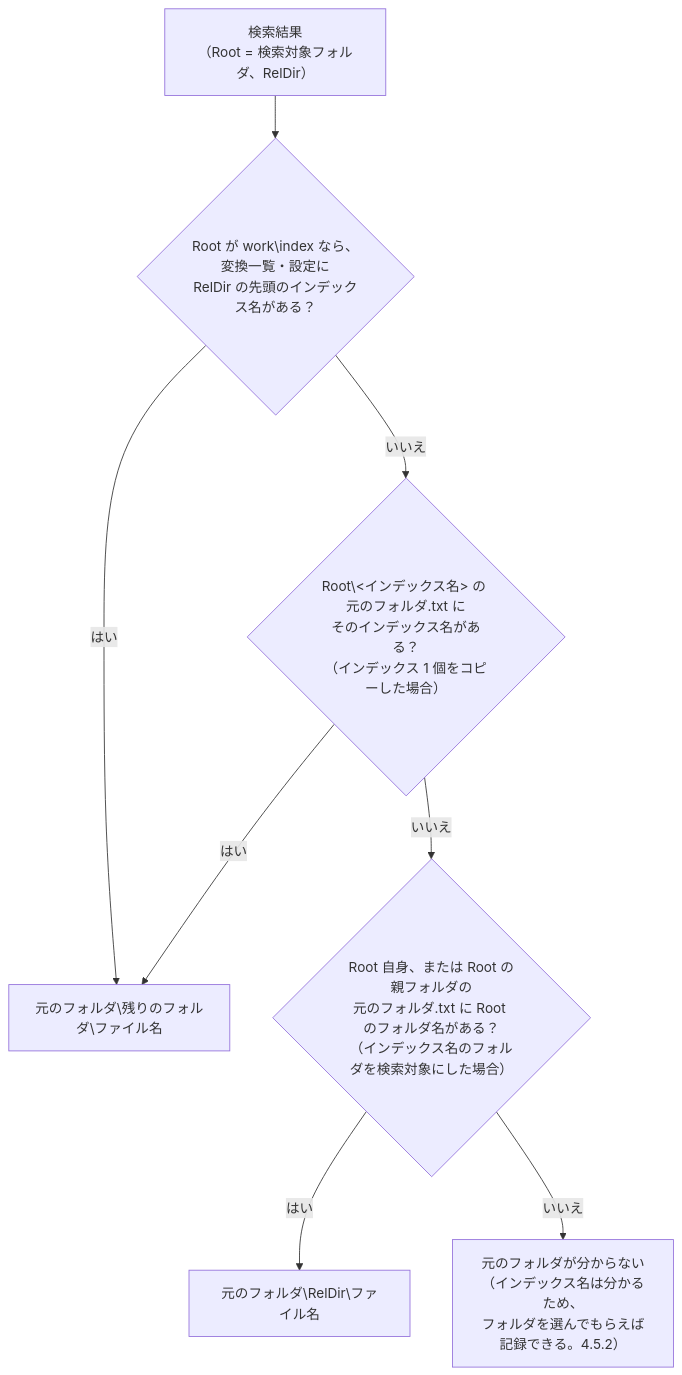
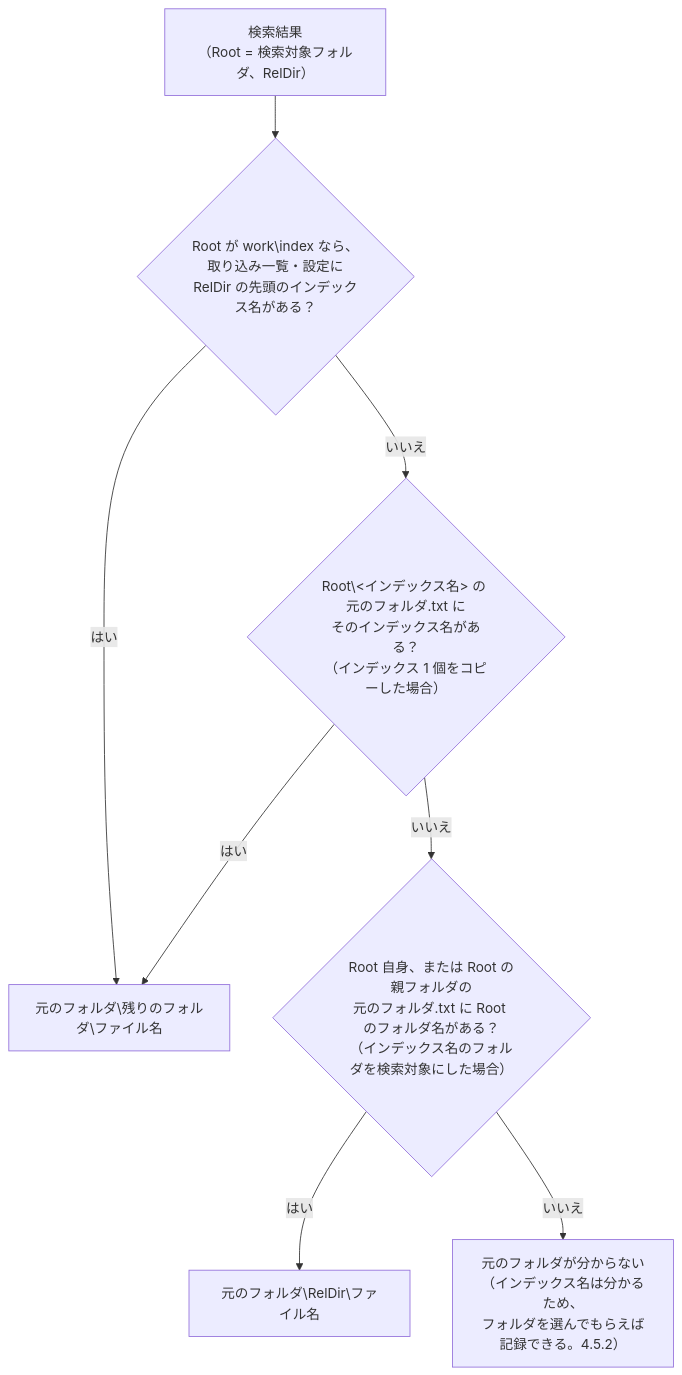
The first of 2 diagrams in docs/03_画面_2_検索タブ_1_元のファイルを開く.md (hsgwa/tebunko), drawn with Mermaid before and after one commit. The commit also changed other lines of this file and 98 other files, not shown here.

````diff
--- a/docs/03_画面_2_検索タブ_1_元のファイルを開く.md
+++ b/docs/03_画面_2_検索タブ_1_元のファイルを開く.md
@@ -48,10 +48,10 @@
 ```mermaid
 flowchart TD
-    A["検索結果<br>（Root = 検索対象フォルダ、RelDir）"] --> B{"Root が work\index なら、変換一覧・設定に<br>RelDir の先頭のインデックス名がある？"}
+    A["検索結果<br>（Root = 検索対象フォルダ、RelDir）"] --> B{"Root が work\index なら、取り込み一覧・設定に<br>RelDir の先頭のインデックス名がある？"}
     B -- はい --> K["元のフォルダ\残りのフォルダ\ファイル名"]
     B -- いいえ --> B2{"Root\#lt;インデックス名#gt; の 元のフォルダ.txt に<br>そのインデックス名がある？<br>（インデックス 1 個をコピーした場合）"}
     B2 -- はい --> K
     B2 -- いいえ --> C{"Root 自身、または Root の親フォルダの<br>元のフォルダ.txt に Root のフォルダ名がある？<br>（インデックス名のフォルダを検索対象にした場合）"}
     C -- はい --> K2["元のフォルダ\RelDir\ファイル名"]
     C -- いいえ --> U["元のフォルダが分からない<br>（インデックス名は分かるため、<br>フォルダを選んでもらえば記録できる。4.5.2）"]
 ```
````
